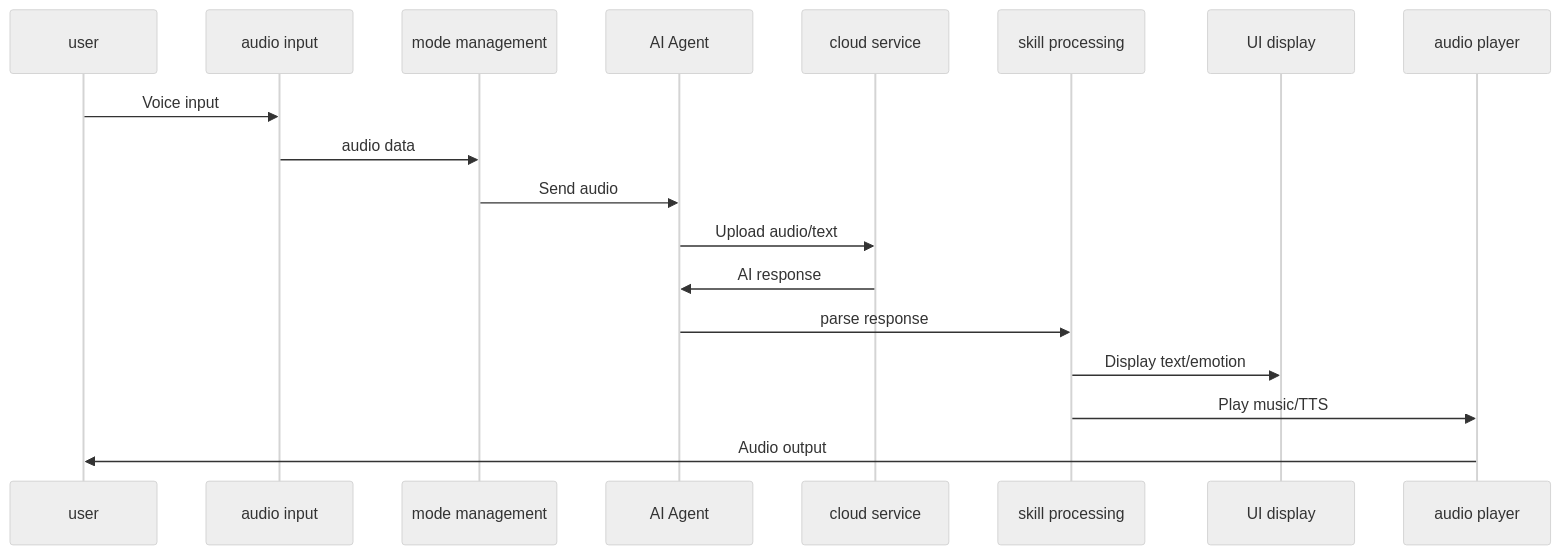
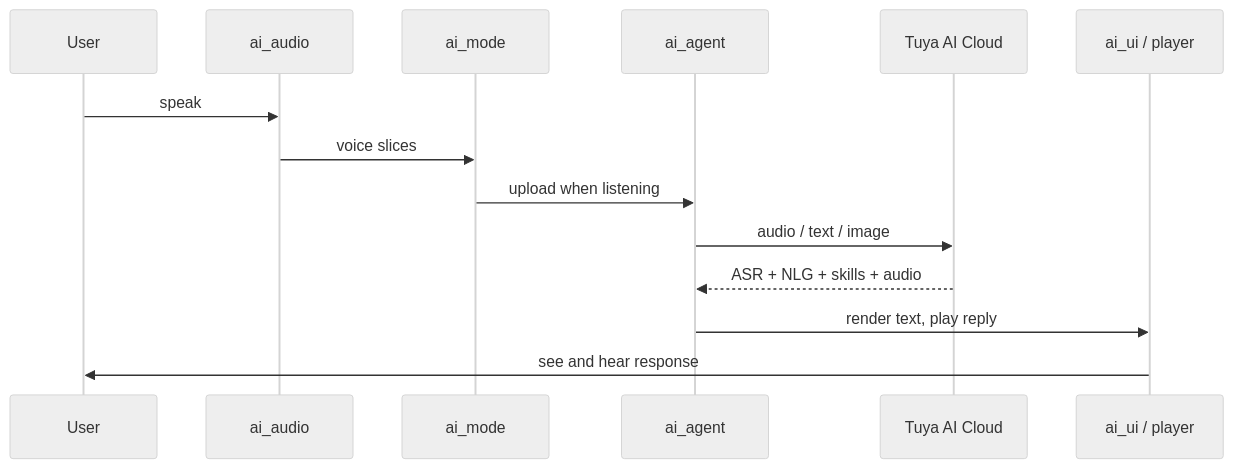
One commit to Tuya-Community/TuyaOpen.io changed the diagram in docs/cloud/device-ai/ai-components/ai-components.md. Above: the diagram before and after it, drawn with Mermaid (neutral theme). The commit also changed other lines of this file and 365 other files, not shown here.

````diff
--- a/docs/cloud/device-ai/ai-components/ai-components.md
+++ b/docs/cloud/device-ai/ai-components/ai-components.md
@@ -152,21 +27,16 @@
 ```mermaid
 sequenceDiagram
-participant User as user
-participant Audio as audio input
-participant Mode as mode management
-    participant Agent as AI Agent
-participant Cloud as cloud service
-participant Skills as skill processing
-participant UI as UI display
-participant Player as audio player
-    
-User->>Audio: Voice input
-Audio->>Mode: audio data
-Mode->>Agent: Send audio
-Agent->>Cloud: Upload audio/text
-Cloud->>Agent: AI response
-Agent->>Skills: parse response
-Skills->>UI: Display text/emotion
-Skills->>Player: Play music/TTS
-Player->>User: Audio output
+    participant User
+    participant Audio as ai_audio
+    participant Mode as ai_mode
+    participant Agent as ai_agent
+    participant Cloud as Tuya AI Cloud
+    participant UI as ai_ui / player
+    User->>Audio: speak
+    Audio->>Mode: voice slices
+    Mode->>Agent: upload when listening
+    Agent->>Cloud: audio / text / image
+    Cloud-->>Agent: ASR + NLG + skills + audio
+    Agent->>UI: render text, play reply
+    UI->>User: see and hear response
 ```
````
